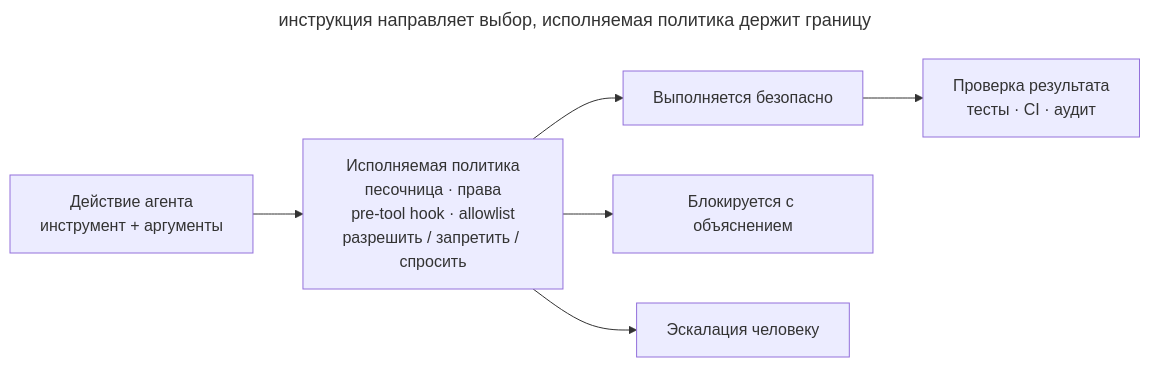
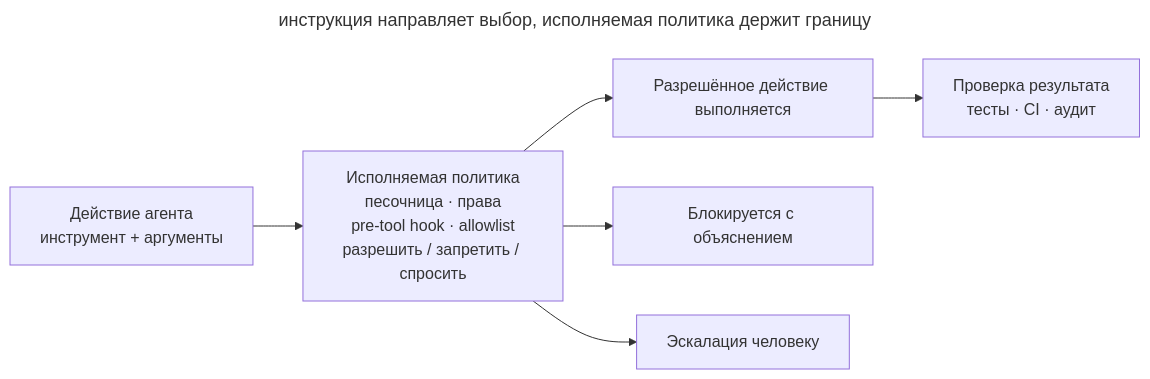
The diagram in book/ru/executable-guardrails.md (Rastavelli/agentic-coding-design-patterns), drawn with Mermaid before and after one commit. The commit also changed 24 other files, not shown here.

Commit message:
docs: finish Russian prose review and align diagram captions

````diff
--- a/book/ru/executable-guardrails.md
+++ b/book/ru/executable-guardrails.md
@@ -40,17 +40,17 @@
 ```mermaid
 ---
 title: инструкция направляет выбор, исполняемая политика держит границу
 ---
 flowchart LR
   action["Действие агента<br/>инструмент + аргументы"]
   policy["Исполняемая политика<br/>песочница · права<br/>pre-tool hook · allowlist<br/>разрешить / запретить / спросить"]:::accent
-  run["Выполняется безопасно"]
+  run["Разрешённое действие выполняется"]
   block["Блокируется с объяснением"]:::warn
   ask["Эскалация человеку"]:::accent
   gate["Проверка результата<br/>тесты · CI · аудит"]
   action --> policy
   policy --> run
   policy --> block
   policy --> ask
   run --> gate
 ```
````
